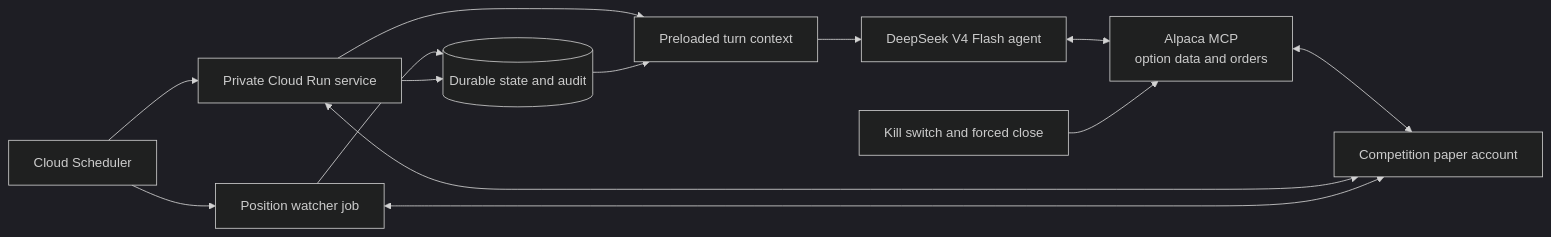
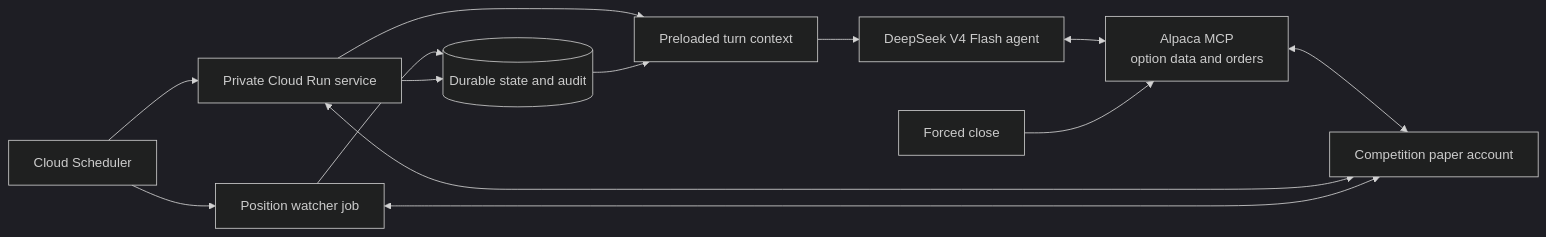
One commit to z-siddiqi/alpaca-market-agent changed the diagram in docs/architecture.md. Above: the diagram before and after it, drawn with Mermaid (dark theme). The commit also changed other lines of this file and 6 other files, not shown here.

````diff
--- a/docs/architecture.md
+++ b/docs/architecture.md
@@ -7,15 +5,15 @@
 ```mermaid
 flowchart LR
     scheduler["Cloud Scheduler"] --> runtime["Private Cloud Run service"]
     scheduler --> watcher["Position watcher job"]
     runtime --> context["Preloaded turn context"]
     state[("Durable state and audit")] --> context
     context --> agent["DeepSeek V4 Flash agent"]
     agent <--> mcp["Alpaca MCP<br/>option data and orders"]
     mcp <--> account["Competition paper account"]
     runtime <--> account
     watcher <--> account
     watcher --> state
     runtime --> state
-    backstop["Kill switch and forced close"] --> mcp
+    backstop["Forced close"] --> mcp
 ```
````
